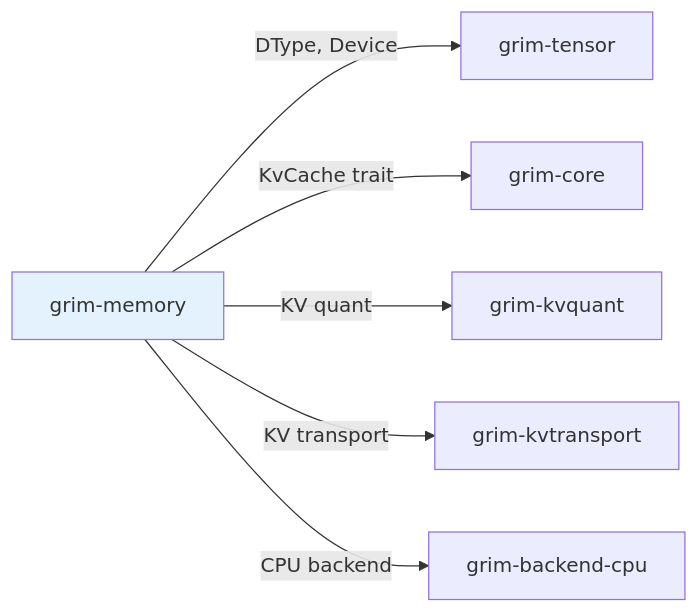
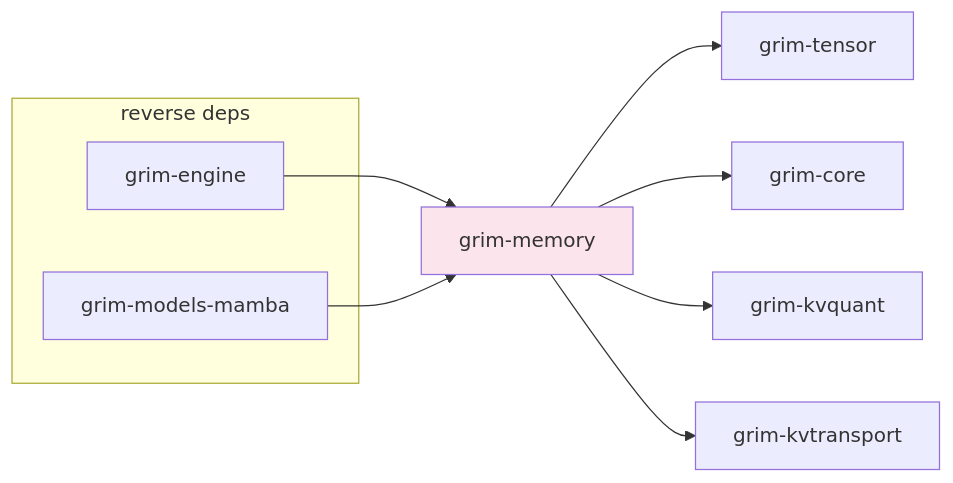
Before and after one commit to sydonayrex/grim: the diagram in crates/grim-memory/README.md, drawn with Mermaid. The commit also changed other lines of this file and 55 other files, not shown here.

````diff
--- a/crates/grim-memory/README.md
+++ b/crates/grim-memory/README.md
@@ -20,10 +17,17 @@
 ```mermaid
 graph LR
-    A[grim-memory] -->|DType, Device| B[grim-tensor]
-    A -->|KvCache trait| C[grim-core]
-    A -->|KV quant| D[grim-kvquant]
-    A -->|KV transport| E[grim-kvtransport]
-    A -->|CPU backend| F[grim-backend-cpu]
-    
-    style A fill:#e3f2fd
+    A[grim-memory] --> B[grim-tensor]
+    A --> C[grim-core]
+    A --> D[grim-kvquant]
+    A --> E[grim-kvtransport]
+
+    subgraph "reverse deps"
+        F1[grim-engine]
+        F2[grim-models-mamba]
+    end
+
+    F1 --> A
+    F2 --> A
+
+    style A fill:#fce4ec
 ```
````
